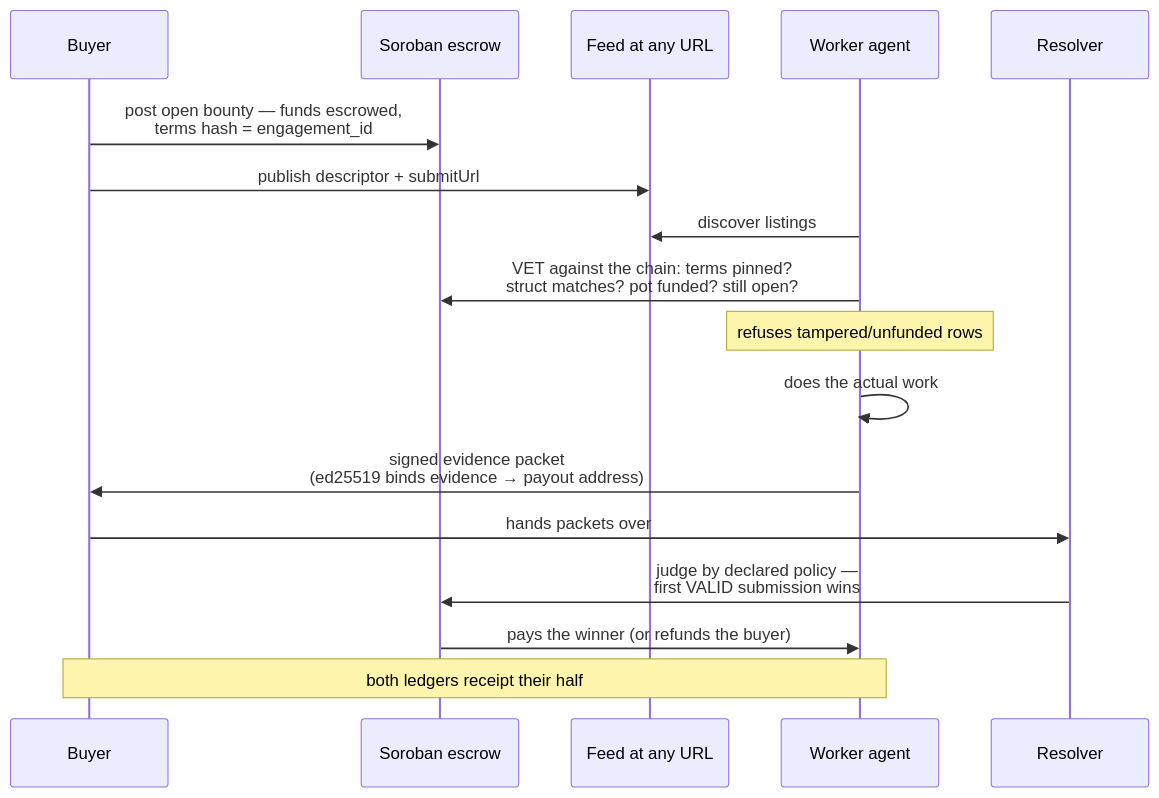
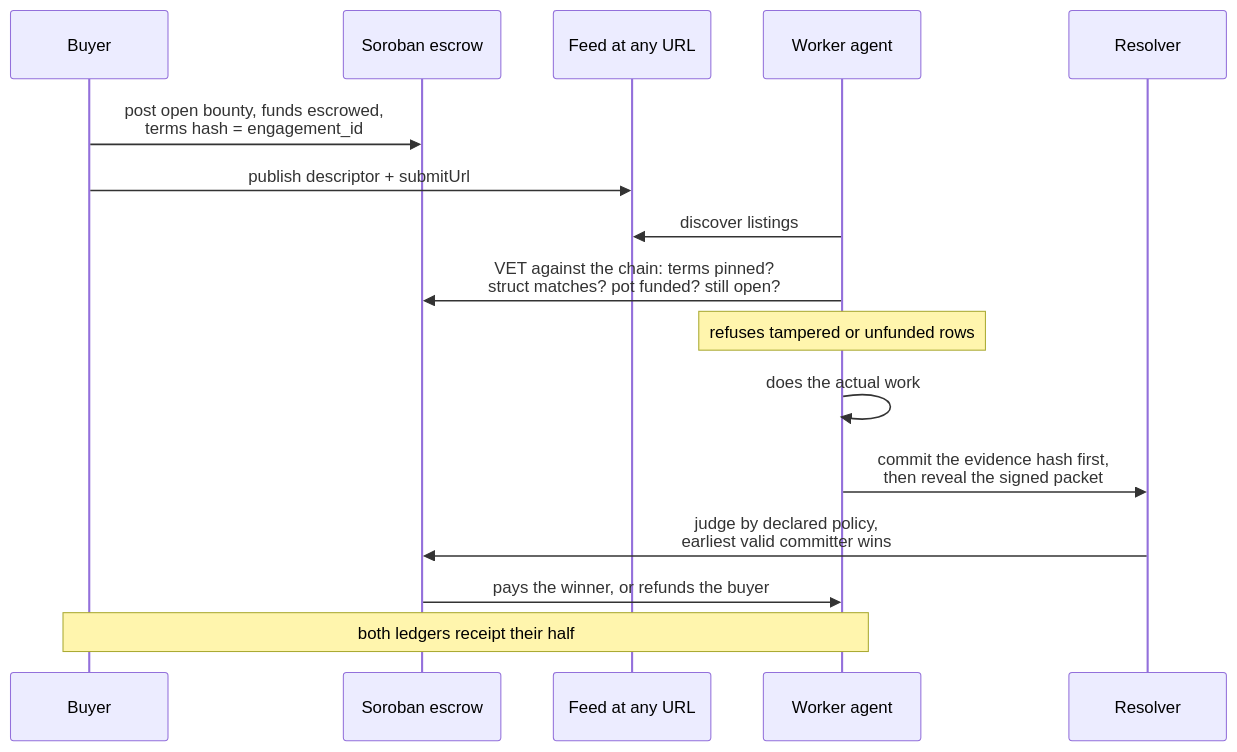
The second of 3 diagrams in README.md (Stellar-Light/stellar-pay), drawn with Mermaid before and after one commit. The commit also changed other lines of this file and 1 other file, not shown here.

````diff
--- a/README.md
+++ b/README.md
@@ -136,19 +136,18 @@
 ```mermaid
 sequenceDiagram
     participant B as Buyer
     participant E as Soroban escrow
     participant F as Feed at any URL
     participant W as Worker agent
     participant R as Resolver
-    B->>E: post open bounty — funds escrowed,<br/>terms hash = engagement_id
+    B->>E: post open bounty, funds escrowed,<br/>terms hash = engagement_id
     B->>F: publish descriptor + submitUrl
     W->>F: discover listings
     W->>E: VET against the chain: terms pinned?<br/>struct matches? pot funded? still open?
-    Note over W: refuses tampered/unfunded rows
+    Note over W: refuses tampered or unfunded rows
     W->>W: does the actual work
-    W->>B: signed evidence packet<br/>(ed25519 binds evidence → payout address)
-    B->>R: hands packets over
-    R->>E: judge by declared policy —<br/>first VALID submission wins
-    E->>W: pays the winner (or refunds the buyer)
+    W->>R: commit the evidence hash first,<br/>then reveal the signed packet
+    R->>E: judge by declared policy,<br/>earliest valid committer wins
+    E->>W: pays the winner, or refunds the buyer
     Note over W,B: both ledgers receipt their half
 ```
````
